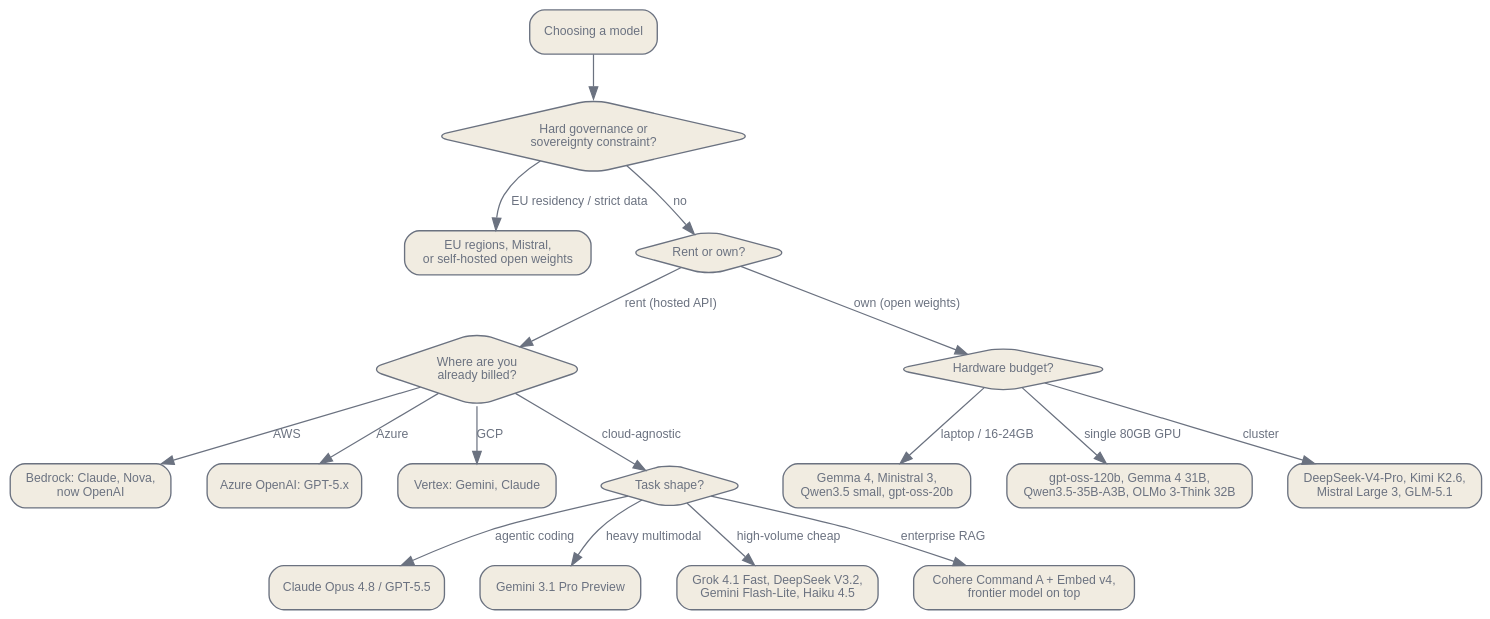
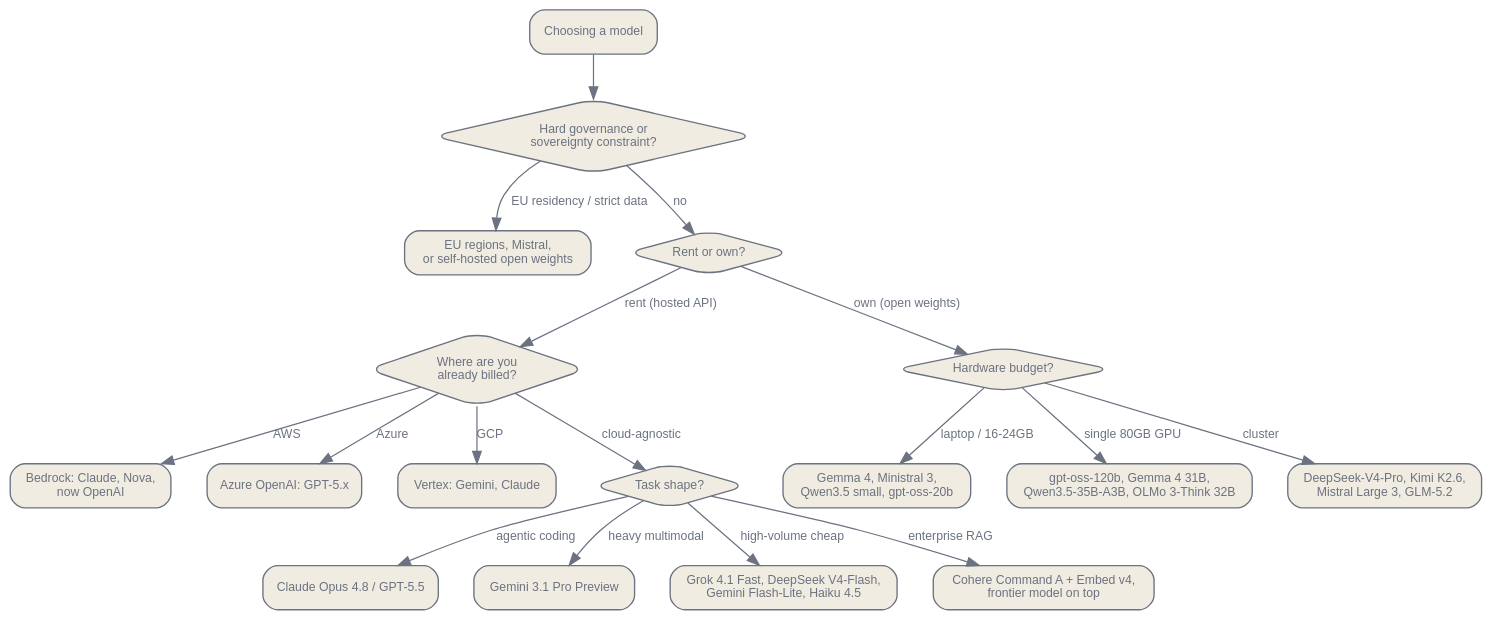
The first of 2 diagrams in en/practice/01-choosing-a-model.qmd (latere-ai/ai-as-an-infrastructure), drawn with Graphviz before and after one commit. The commit also changed other lines of this file and 20 other files, not shown here.

````diff
--- a/en/practice/01-choosing-a-model.qmd
+++ b/en/practice/01-choosing-a-model.qmd
@@ -181,49 +185,49 @@
 ```{dot}
 //| label: fig-model-decision
 //| fig-cap: "A decision order for picking a model in mid-2026. The cloud you are billed through and your governance constraints usually decide before quality does."
 digraph {
   bgcolor="transparent";
   rankdir=TB;
   nodesep=0.4; ranksep=0.5;
   node [shape=box, style="rounded,filled", fontname="Helvetica", fontsize=10, color="#6b7280", fontcolor="#6b7280", fillcolor="#f1ece1", penwidth=1.1];
   edge [fontsize=10, fontname="Helvetica", color="#6b7280", fontcolor="#6b7280"];
 
   start [label="Choosing a model"];
   gov [label="Hard governance or\nsovereignty constraint?", shape=diamond];
   sov [label="EU regions, Mistral,\nor self-hosted open weights"];
   host [label="Rent or own?", shape=diamond];
   cloud [label="Where are you\nalready billed?", shape=diamond];
   bedrock [label="Bedrock: Claude, Nova,\nnow OpenAI"];
   azure [label="Azure OpenAI: GPT-5.x"];
   vertex [label="Vertex: Gemini, Claude"];
   hw [label="Hardware budget?", shape=diamond];
   small [label="Gemma 4, Ministral 3,\nQwen3.5 small, gpt-oss-20b"];
   mid [label="gpt-oss-120b, Gemma 4 31B,\nQwen3.5-35B-A3B, OLMo 3-Think 32B"];
-  big [label="DeepSeek-V4-Pro, Kimi K2.6,\nMistral Large 3, GLM-5.1"];
+  big [label="DeepSeek-V4-Pro, Kimi K2.6,\nMistral Large 3, GLM-5.2"];
   task [label="Task shape?", shape=diamond];
   code [label="Claude Opus 4.8 / GPT-5.5"];
   mm [label="Gemini 3.1 Pro Preview"];
-  cheap [label="Grok 4.1 Fast, DeepSeek V3.2,\nGemini Flash-Lite, Haiku 4.5"];
+  cheap [label="Grok 4.1 Fast, DeepSeek V4-Flash,\nGemini Flash-Lite, Haiku 4.5"];
   rag [label="Cohere Command A + Embed v4,\nfrontier model on top"];
 
   start -> gov;
   gov -> sov [label="EU residency / strict data"];
   gov -> host [label="no"];
 
   host -> cloud [label="rent (hosted API)"];
   cloud -> bedrock [label="AWS"];
   cloud -> azure [label="Azure"];
   cloud -> vertex [label="GCP"];
   cloud -> task [label="cloud-agnostic"];
 
   host -> hw [label="own (open weights)"];
   hw -> small [label="laptop / 16-24GB"];
   hw -> mid [label="single 80GB GPU"];
   hw -> big [label="cluster"];
 
   task -> code [label="agentic coding"];
   task -> mm [label="heavy multimodal"];
   task -> cheap [label="high-volume cheap"];
   task -> rag [label="enterprise RAG"];
 }
 ```
````
